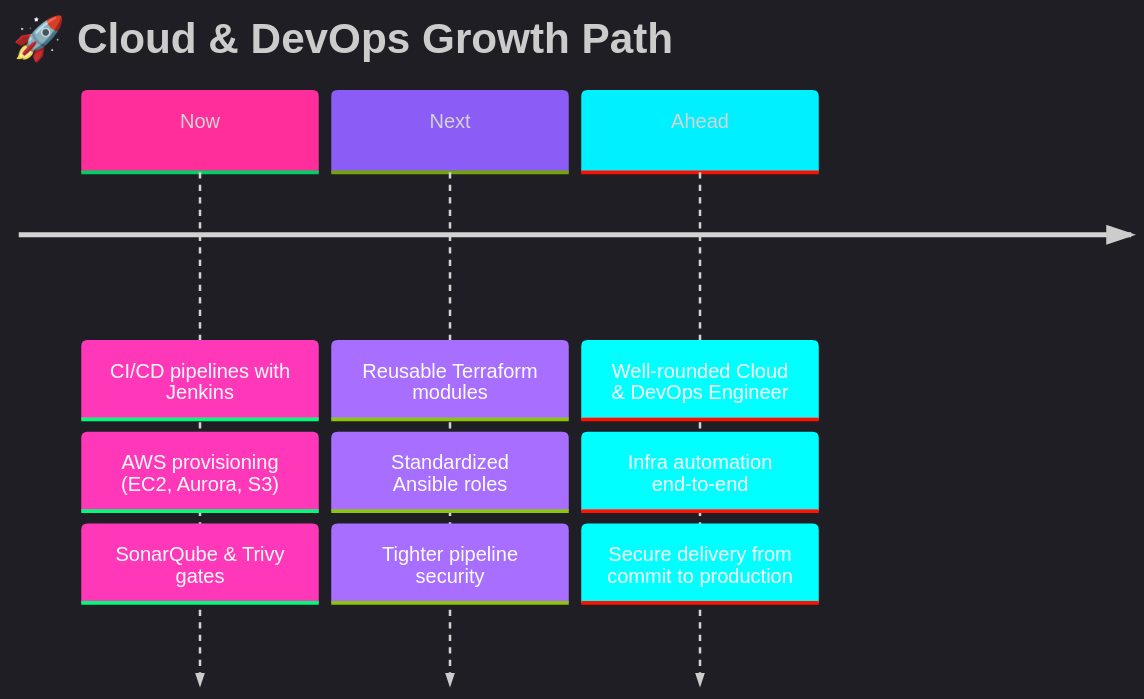
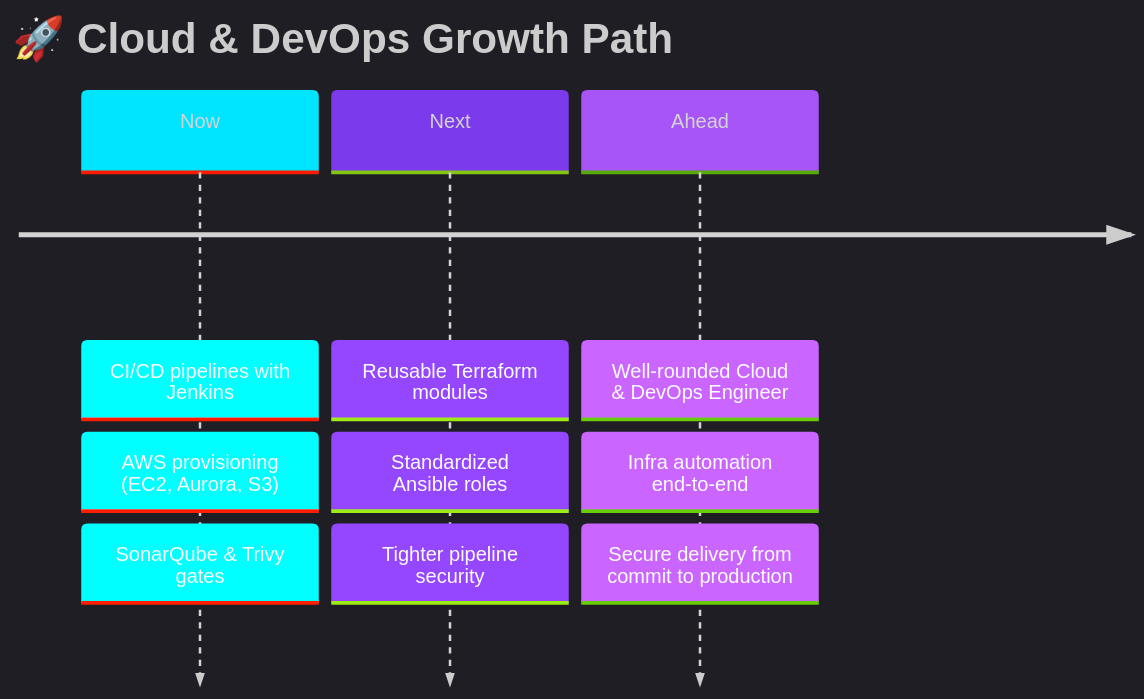
The second of 2 diagrams in README.md (Adityachandkaushik/Adityachandkaushik), drawn with Mermaid before and after one commit. The commit also changed other lines of this file, not shown here.

````diff
--- a/README.md
+++ b/README.md
@@ -461,8 +563,8 @@
 ```mermaid
-%%{init: {'theme':'dark', 'themeVariables': {'cScale0':'#FF2E9A','cScale1':'#8B5CF6','cScale2':'#00F0FF','primaryTextColor':'#fff'}}}%%
+%%{init: {'theme':'dark', 'themeVariables': {'cScale0':'#00E5FF','cScale1':'#7C3AED','cScale2':'#A855F7','primaryTextColor':'#F8FAFC'}}}%%
 timeline
     title 🚀 Cloud & DevOps Growth Path
     Now : CI/CD pipelines with Jenkins : AWS provisioning (EC2, Aurora, S3) : SonarQube & Trivy gates
     Next : Reusable Terraform modules : Standardized Ansible roles : Tighter pipeline security
     Ahead : Well-rounded Cloud & DevOps Engineer : Infra automation end-to-end : Secure delivery from commit to production
 ```
````
